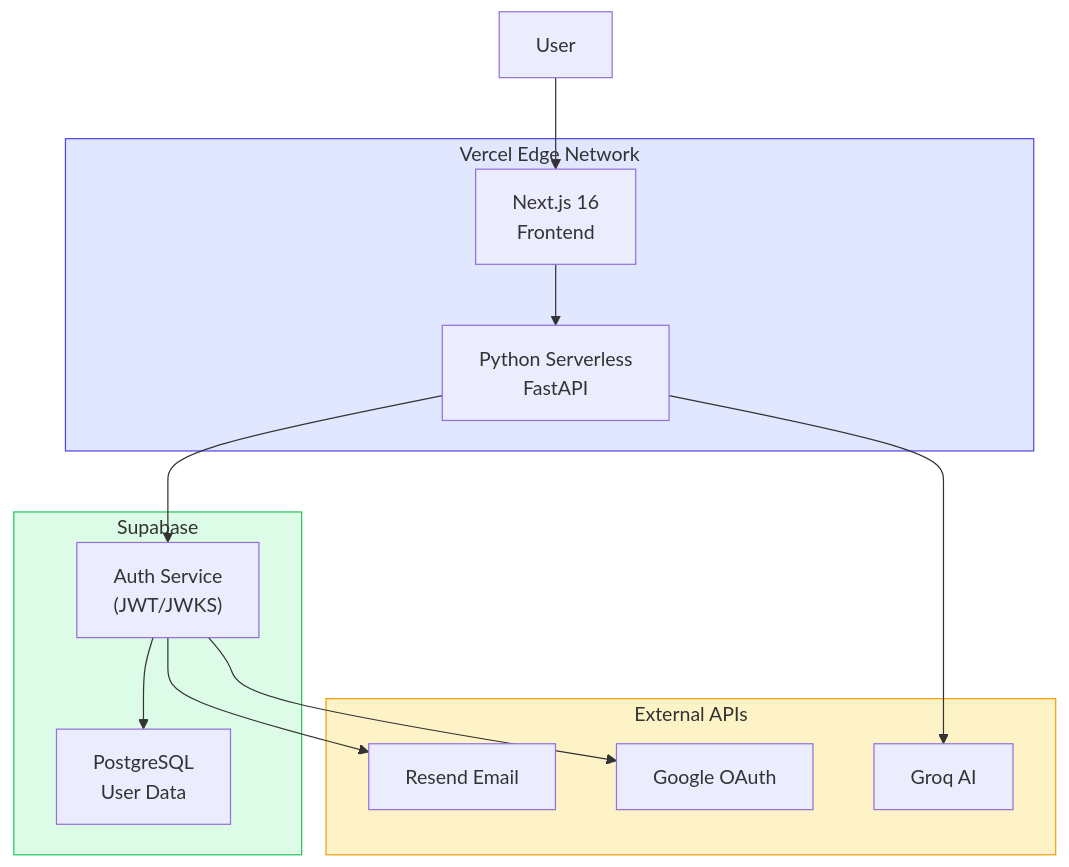
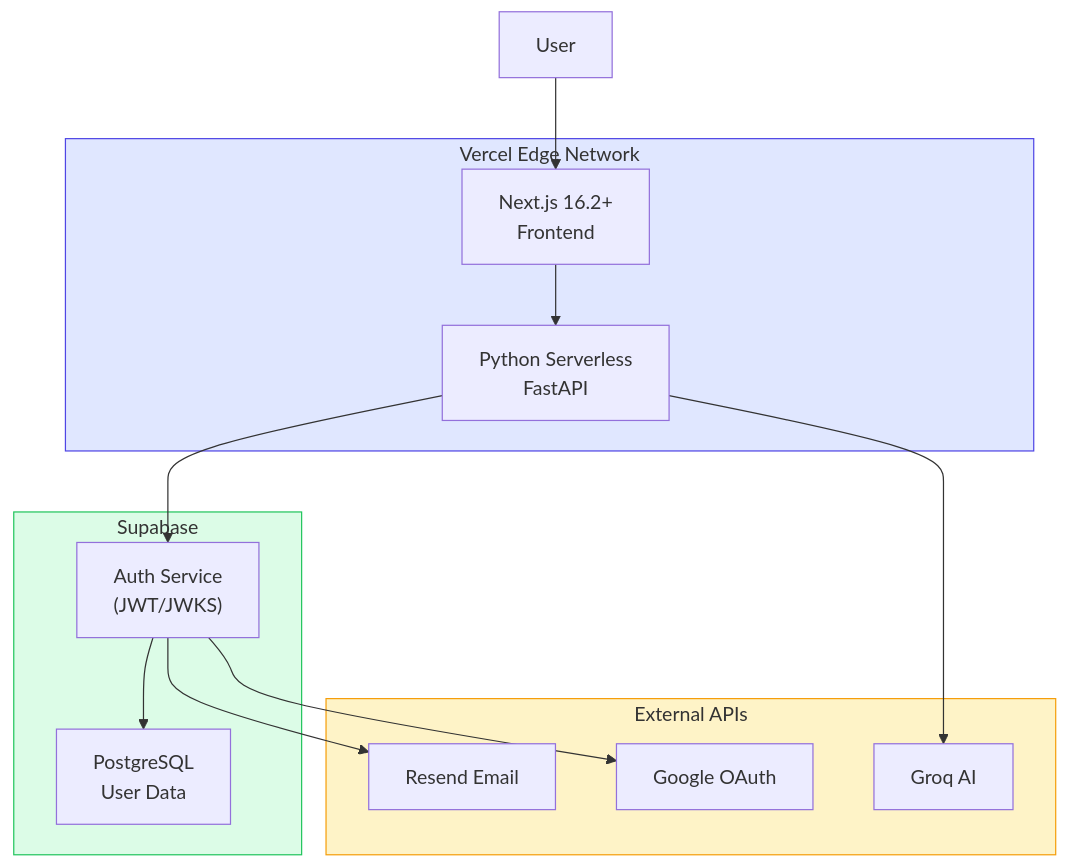
One commit to akm07dev/sql-agnostic changed the sixth of 6 diagrams in docs/ARCHITECTURE.md. Above: the diagram before and after it, drawn with Mermaid. The commit also changed other lines of this file and 10 other files, not shown here.

````diff
--- a/docs/ARCHITECTURE.md
+++ b/docs/ARCHITECTURE.md
@@ -252,30 +252,30 @@
 ```mermaid
 flowchart TB
     subgraph Vercel["Vercel Edge Network"]
-        NextJS["Next.js 16<br/>Frontend"]
+        NextJS["Next.js 16.2+<br/>Frontend"]
         Python["Python Serverless<br/>FastAPI"]
     end
     
     subgraph Supabase["Supabase"]
         Auth["Auth Service<br/>(JWT/JWKS)"]
         DB["PostgreSQL<br/>User Data"]
     end
     
     subgraph External["External APIs"]
         Groq["Groq AI"]
         Resend["Resend Email"]
         Google["Google OAuth"]
     end
     
     User["User"] --> NextJS
     NextJS --> Python
     Python --> Auth
     Python --> Groq
     Auth --> DB
     Auth --> Resend
     Auth --> Google
     
     style Vercel fill:#e0e7ff,stroke:#4f46e5
     style Supabase fill:#dcfce7,stroke:#22c55e
     style External fill:#fef3c7,stroke:#f59e0b
 ```
````
